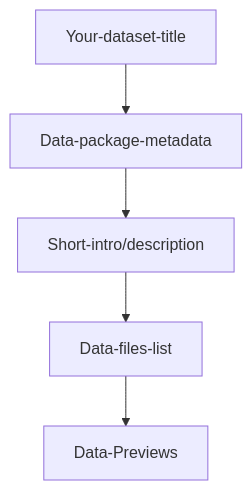
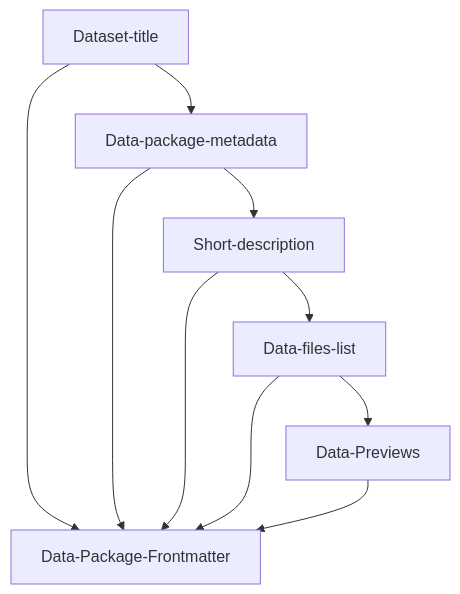
Before and after one commit to Daniellappv/datahub-cloud-template-newest: the diagram in README.md, drawn with Mermaid.

````diff
--- a/README.md
+++ b/README.md
@@ -23,7 +23,12 @@
 ```mermaid
   graph TD;
-      Your-dataset-title-->Data-package-metadata
-      Data-package-metadata-->Short-intro/description;
-      Short-intro/description-->Data-files-list;
+      Dataset-title-->Data-package-metadata
+      Data-package-metadata-->Short-description;
+      Short-description-->Data-files-list;
       Data-files-list-->Data-Previews;
+      Dataset-title-->Data-Package-Frontmatter
+      Data-package-metadata-->Data-Package-Frontmatter
+      Short-description-->Data-Package-Frontmatter
+      Data-files-list-->Data-Package-Frontmatter
+      Data-Previews-->Data-Package-Frontmatter
 ```
````
